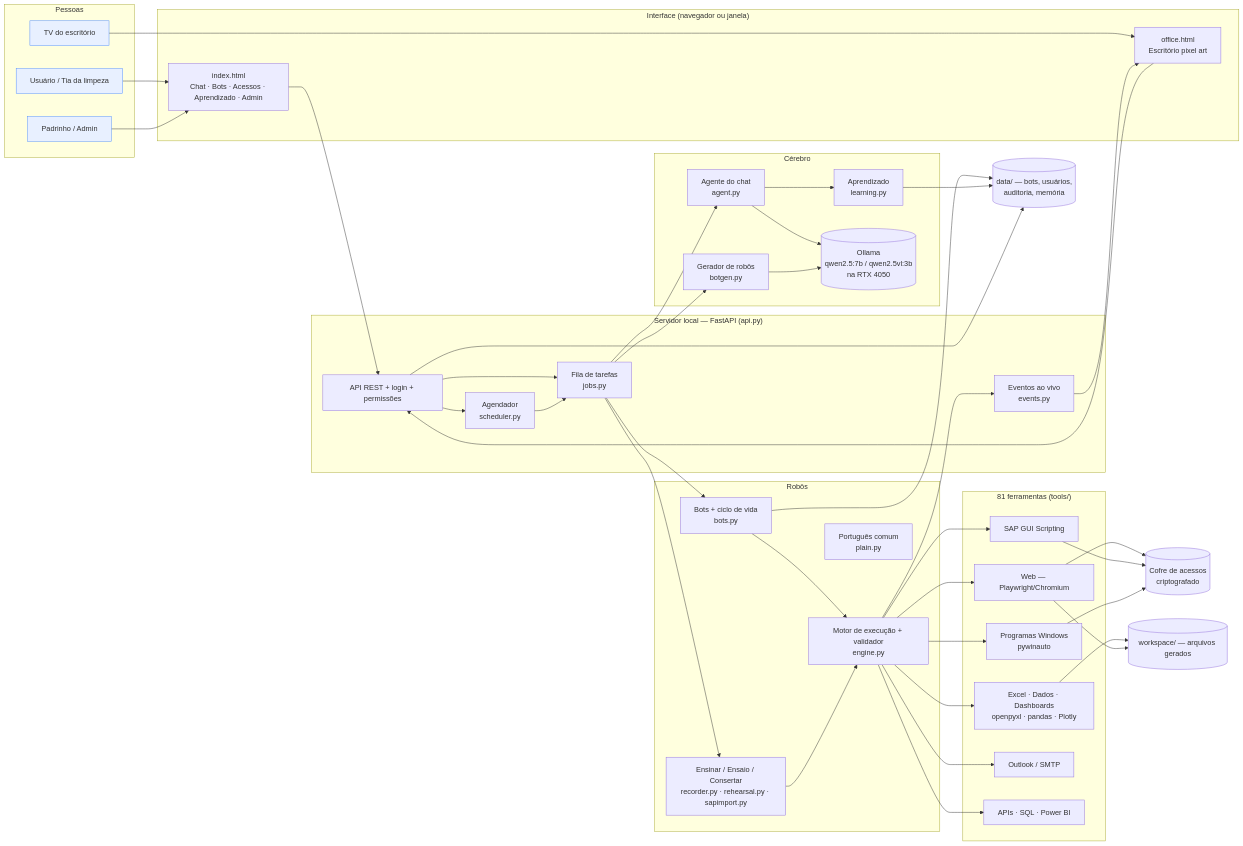
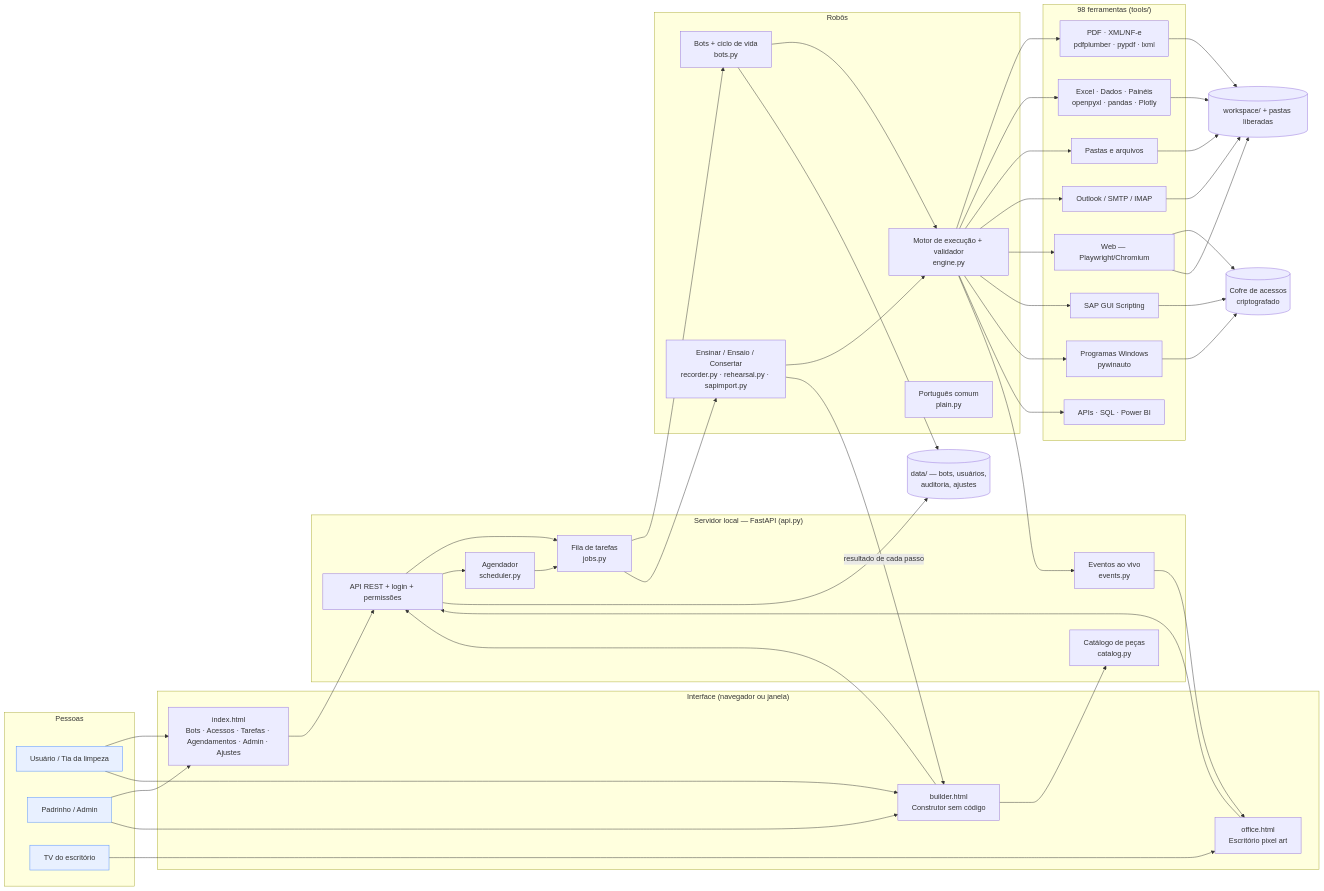
Before and after one commit to emanuelpms/EmanusIA: the diagram in docs/ARQUITETURA.md, drawn with Mermaid. The commit also changed other lines of this file and 15 other files, not shown here.

First line of the commit message:
Docs e telas do construtor; construtor em destaque na aba Bots

````diff
--- a/docs/ARQUITETURA.md
+++ b/docs/ARQUITETURA.md
@@ -10,58 +11,56 @@
 ```mermaid
 flowchart LR
   subgraph Pessoas
     U1[Usuário / Tia da limpeza]:::p
     U2[Padrinho / Admin]:::p
     TV[TV do escritório]:::p
   end
   subgraph Interface["Interface (navegador ou janela)"]
-    GUI[index.html<br/>Chat · Bots · Acessos · Aprendizado · Admin]
+    GUI[index.html<br/>Bots · Acessos · Tarefas · Agendamentos · Admin · Ajustes]
+    BLD[builder.html<br/>Construtor sem código]
     OFF[office.html<br/>Escritório pixel art]
   end
   subgraph Servidor["Servidor local — FastAPI (api.py)"]
     API[API REST + login + permissões]
+    CAT[Catálogo de peças<br/>catalog.py]
     JOBS[Fila de tarefas<br/>jobs.py]
     SCHED[Agendador<br/>scheduler.py]
     EVT[Eventos ao vivo<br/>events.py]
-  end
-  subgraph Cerebro["Cérebro"]
-    AG[Agente do chat<br/>agent.py]
-    GEN[Gerador de robôs<br/>botgen.py]
-    LEARN[Aprendizado<br/>learning.py]
-    LLM[(Ollama<br/>qwen2.5:7b / qwen2.5vl:3b<br/>na RTX 4050)]
   end
   subgraph Robos["Robôs"]
     BOTS[Bots + ciclo de vida<br/>bots.py]
     ENG[Motor de execução + validador<br/>engine.py]
     REH[Ensinar / Ensaio / Consertar<br/>recorder.py · rehearsal.py · sapimport.py]
     PLAIN[Português comum<br/>plain.py]
   end
-  subgraph Ferramentas["81 ferramentas (tools/)"]
+  subgraph Ferramentas["98 ferramentas (tools/)"]
+    DOC[PDF · XML/NF-e<br/>pdfplumber · pypdf · lxml]
+    XL[Excel · Dados · Painéis<br/>openpyxl · pandas · Plotly]
+    FS[Pastas e arquivos]
+    MAIL[Outlook / SMTP / IMAP]
     WEB[Web — Playwright/Chromium]
-    XL[Excel · Dados · Dashboards<br/>openpyxl · pandas · Plotly]
     SAP[SAP GUI Scripting]
     DSK[Programas Windows<br/>pywinauto]
-    MAIL[Outlook / SMTP]
     CON[APIs · SQL · Power BI]
   end
   VAULT[(Cofre de acessos<br/>criptografado)]
-  DATA[(data/ — bots, usuários,<br/>auditoria, memória)]
-  WS[(workspace/ — arquivos gerados)]
+  DATA[(data/ — bots, usuários,<br/>auditoria, ajustes)]
+  WS[(workspace/ + pastas liberadas)]
 
-  U1 & U2 --> GUI
+  U1 & U2 --> GUI & BLD
   TV --> OFF
-  GUI & OFF --> API
+  GUI & BLD & OFF --> API
+  BLD --> CAT
   API --> JOBS & SCHED
   SCHED --> JOBS
-  JOBS --> AG & BOTS & REH & GEN
-  AG & GEN --> LLM
-  AG --> LEARN
+  JOBS --> BOTS & REH
   BOTS --> ENG
   REH --> ENG
-  ENG --> WEB & XL & SAP & DSK & MAIL & CON
+  ENG --> DOC & XL & FS & MAIL & WEB & SAP & DSK & CON
   ENG --> EVT --> OFF
+  REH -- "resultado de cada passo" --> BLD
   WEB & SAP & DSK --> VAULT
-  BOTS & LEARN & API --> DATA
-  XL & WEB --> WS
+  BOTS & API --> DATA
+  DOC & XL & FS & MAIL & WEB --> WS
   classDef p fill:#e8f0ff,stroke:#4f8cff
 ```
````
